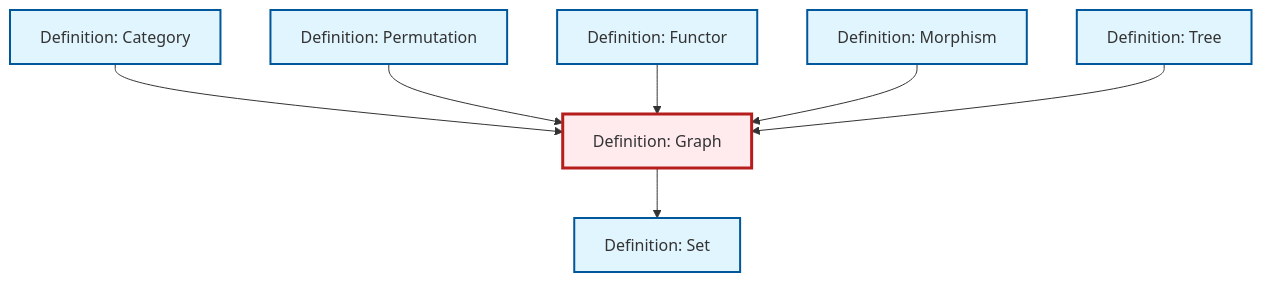
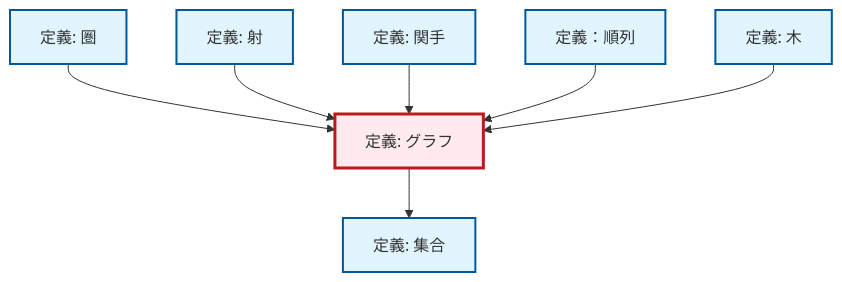
The diagram in content/ja/combinatorics/def-graph.qmd (RK0429/ModernMath), drawn with Mermaid before and after one commit. The commit also changed 1069 other files, not shown here.

````diff
--- a/content/ja/combinatorics/def-graph.qmd
+++ b/content/ja/combinatorics/def-graph.qmd
@@ -94,29 +94,29 @@
 ```{mermaid}
 %%| fig-cap: "Local dependency graph"
 graph TD
     classDef definition fill:#e1f5fe,stroke:#01579b,stroke-width:2px
     classDef theorem fill:#f3e5f5,stroke:#4a148c,stroke-width:2px
     classDef axiom fill:#fff3e0,stroke:#e65100,stroke-width:2px
     classDef example fill:#e8f5e9,stroke:#1b5e20,stroke-width:2px
     classDef current fill:#ffebee,stroke:#b71c1c,stroke-width:3px
-    def-set["Definition: Set"]:::definition
-    def-permutation["Definition: Permutation"]:::definition
-    def-graph["Definition: Graph"]:::definition
-    def-functor["Definition: Functor"]:::definition
-    def-morphism["Definition: Morphism"]:::definition
-    def-category["Definition: Category"]:::definition
-    def-tree["Definition: Tree"]:::definition
+    def-category["定義: 圏"]:::definition
+    def-graph["定義: グラフ"]:::definition
+    def-set["定義: 集合"]:::definition
+    def-permutation["定義：順列"]:::definition
+    def-tree["定義: 木"]:::definition
+    def-morphism["定義: 射"]:::definition
+    def-functor["定義: 関手"]:::definition
     def-category --> def-graph
+    def-graph --> def-set
+    def-morphism --> def-graph
+    def-functor --> def-graph
     def-permutation --> def-graph
-    def-functor --> def-graph
-    def-morphism --> def-graph
     def-tree --> def-graph
-    def-graph --> def-set
     class def-graph current
-    click def-set "def-set.html" "Definition: Setへ"
-    click def-permutation "def-permutation.html" "Definition: Permutationへ"
-    click def-functor "def-functor.html" "Definition: Functorへ"
-    click def-morphism "def-morphism.html" "Definition: Morphismへ"
-    click def-category "def-category.html" "Definition: Categoryへ"
-    click def-tree "def-tree.html" "Definition: Treeへ"
+    click def-category "def-category.html" "圏の定義へ"
+    click def-set "def-set.html" "集合の定義へ"
+    click def-permutation "def-permutation.html" "定義：順列へ"
+    click def-tree "def-tree.html" "木の定義へ"
+    click def-morphism "def-morphism.html" "射の定義へ"
+    click def-functor "def-functor.html" "関手の定義へ"
 ```
````
